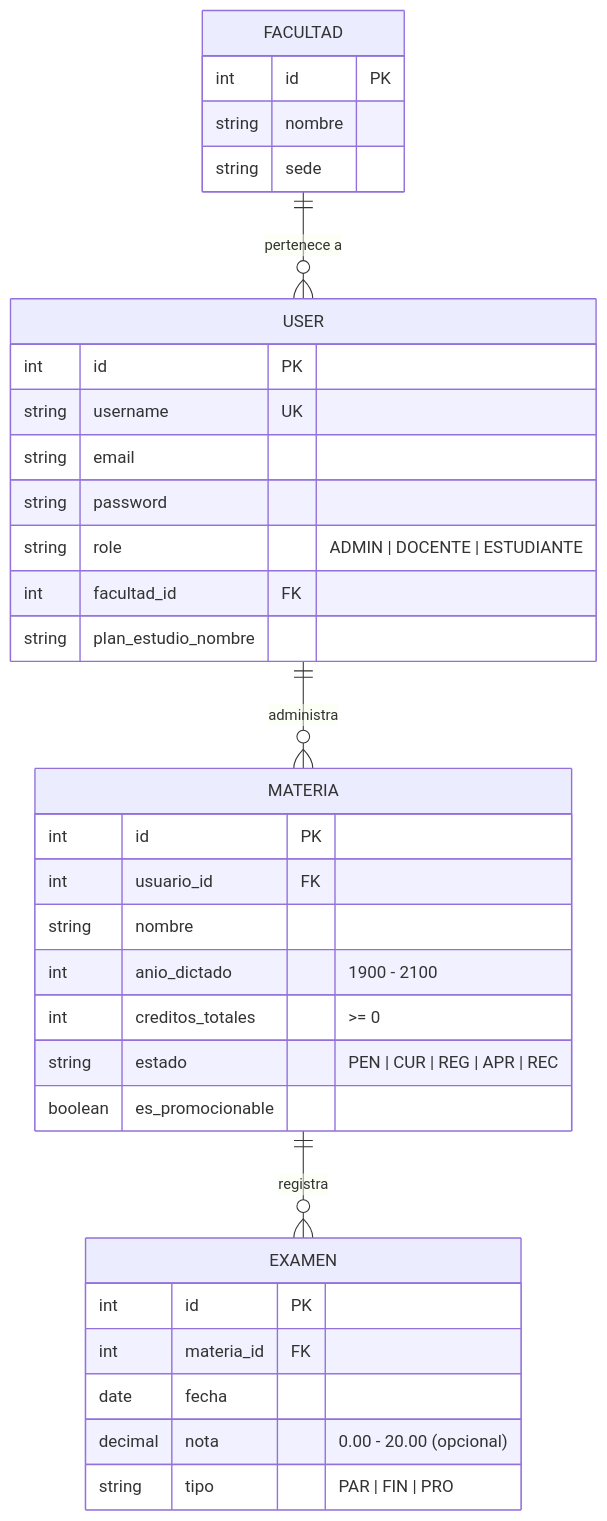
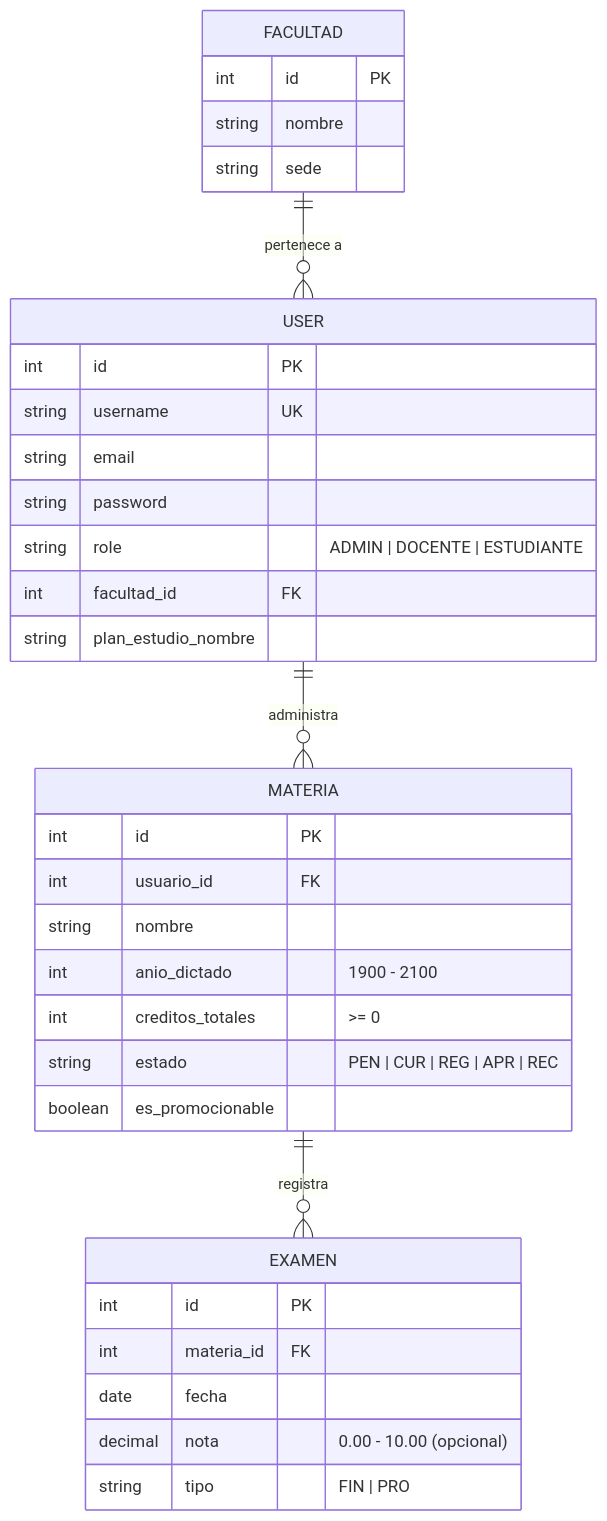
Before and after one commit to HIKKEN17JZ/Programaci-n-1: the diagram in README.md, drawn with Mermaid. The commit also changed other lines of this file, not shown here.

Commit message:
docs: actualizar README.md con URLs de produccion, diagrama ER, TP9-TP10 y metricas de testing

````diff
--- a/README.md
+++ b/README.md
@@ -65,40 +75,40 @@
 ```mermaid
 erDiagram
     FACULTAD ||--o{ USER : "pertenece a"
     USER ||--o{ MATERIA : "administra"
     MATERIA ||--o{ EXAMEN : "registra"
 
     FACULTAD {
         int id PK
         string nombre
         string sede
     }
 
     USER {
         int id PK
         string username UK
         string email
         string password
         string role "ADMIN | DOCENTE | ESTUDIANTE"
         int facultad_id FK
         string plan_estudio_nombre
     }
 
     MATERIA {
         int id PK
         int usuario_id FK
         string nombre
         int anio_dictado "1900 - 2100"
         int creditos_totales ">= 0"
         string estado "PEN | CUR | REG | APR | REC"
         boolean es_promocionable
     }
 
     EXAMEN {
         int id PK
         int materia_id FK
         date fecha
-        decimal nota "0.00 - 20.00 (opcional)"
-        string tipo "PAR | FIN | PRO"
+        decimal nota "0.00 - 10.00 (opcional)"
+        string tipo "FIN | PRO"
     }
 ```
````
